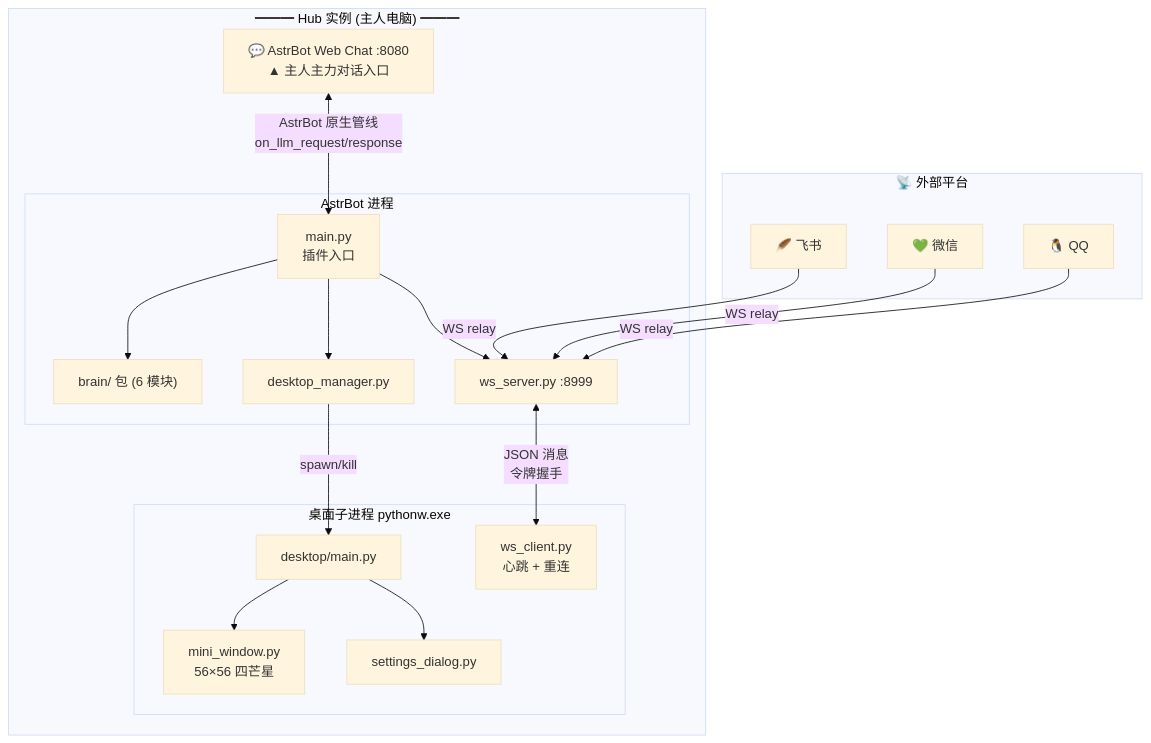
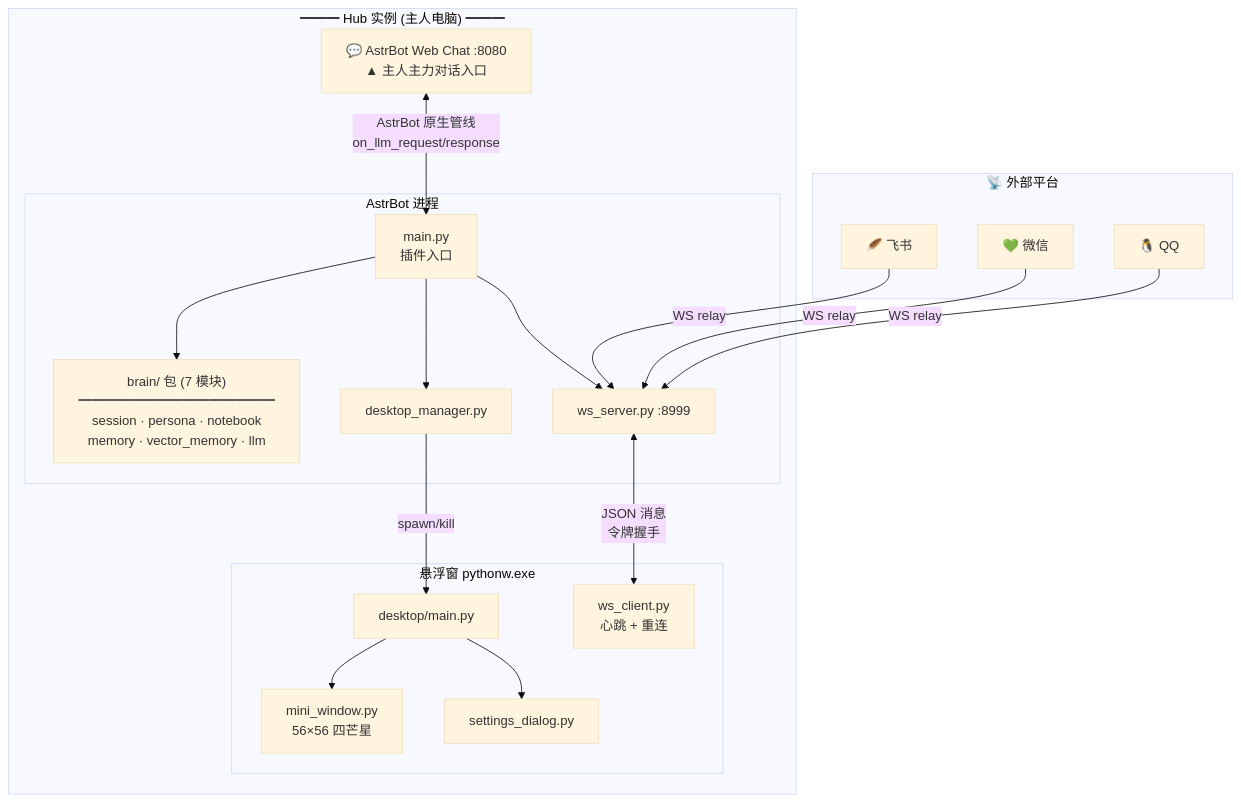
Before and after one commit to yuanchu114514-spec/nexus-brain: the second of 2 diagrams in README.md, drawn with Mermaid (base theme). The commit also changed other lines of this file, not shown here.

````diff
--- a/README.md
+++ b/README.md
@@ -63,40 +53,40 @@
 ```mermaid
 flowchart TB
     subgraph HubBox["━━━ Hub 实例 (主人电脑) ━━━"]
         subgraph AstrBot["AstrBot 进程"]
             Main["main.py<br/>插件入口"]
-            BrainPkg["brain/ 包 (6 模块)"]
+            BrainPkg["brain/ 包 (7 模块)<br/>━━━━━━━━━━━━━━━<br/>session · persona · notebook<br/>memory · vector_memory · llm"]
             WSSrv["ws_server.py :8999"]
             DeskMgr["desktop_manager.py"]
         end
 
-        subgraph PyQt5["桌面子进程 pythonw.exe"]
+        subgraph PyQt5["悬浮窗 pythonw.exe"]
             DeskMain["desktop/main.py"]
             MiniWin["mini_window.py<br/>56×56 四芒星"]
             SettingsDlg["settings_dialog.py"]
             WSClient["ws_client.py<br/>心跳 + 重连"]
         end
 
         WebChat["💬 AstrBot Web Chat :8080<br/>▲ 主人主力对话入口"]
     end
 
     subgraph Outside["📡 外部平台"]
         QPlatform["🐧 QQ"]
         WPlatform["💚 微信"]
         FPlatform["🪶 飞书"]
     end
 
     WebChat <-->|"AstrBot 原生管线<br/>on_llm_request/response"| Main
     QPlatform -->|"WS relay"| WSSrv
     WPlatform -->|"WS relay"| WSSrv
     FPlatform -->|"WS relay"| WSSrv
 
     Main --> BrainPkg
     Main --> WSSrv
     Main --> DeskMgr
 
     WSSrv <-->|"JSON 消息<br/>令牌握手"| WSClient
     DeskMgr -->|"spawn/kill"| DeskMain
     DeskMain --> MiniWin
     DeskMain --> SettingsDlg
 ```
````
